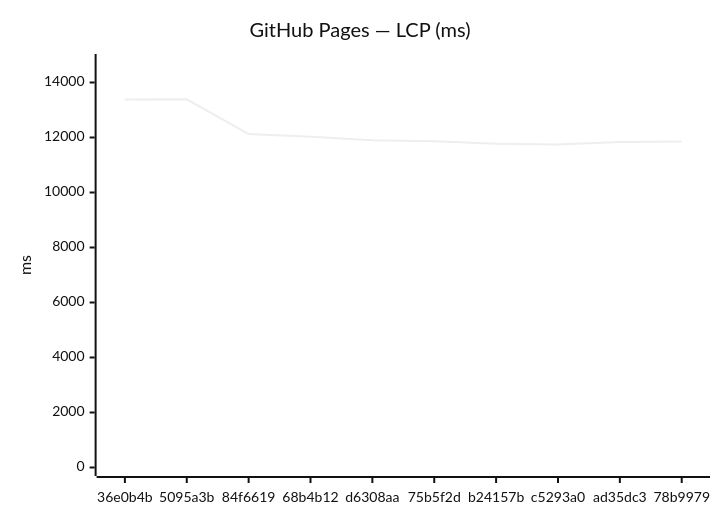
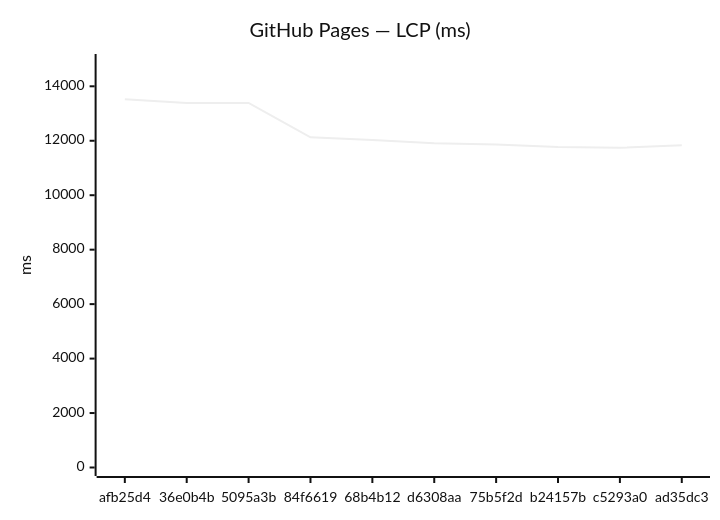
One commit to Metaheurist/Rianell changed the third of 18 diagrams in benchmarks/compare.md. Above: the diagram before and after it, drawn with Mermaid (neutral theme). The commit also changed other lines of this file and 11 other files, not shown here.

````diff
--- a/benchmarks/compare.md
+++ b/benchmarks/compare.md
@@ -54,7 +54,7 @@
 ```mermaid
 xychart-beta
     title "GitHub Pages — LCP (ms)"
-    x-axis ["36e0b4b", "5095a3b", "84f6619", "68b4b12", "d6308aa", "75b5f2d", "b24157b", "c5293a0", "ad35dc3", "78b9979"]
-    y-axis "ms" 0 --> 14727
-    line [13383, 13388, 12127, 12028, 11904, 11863, 11768, 11742, 11838, 11855]
+    x-axis ["afb25d4", "36e0b4b", "5095a3b", "84f6619", "68b4b12", "d6308aa", "75b5f2d", "b24157b", "c5293a0", "ad35dc3"]
+    y-axis "ms" 0 --> 14874
+    line [13521, 13383, 13388, 12127, 12028, 11904, 11863, 11768, 11742, 11838]
 ```
````
